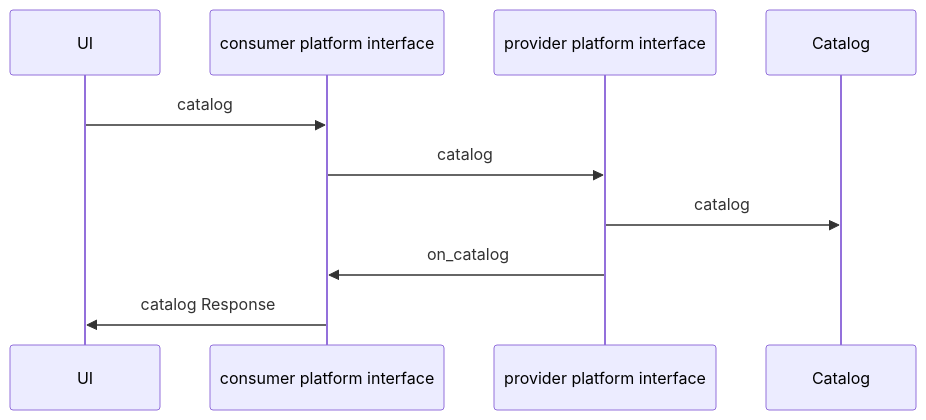
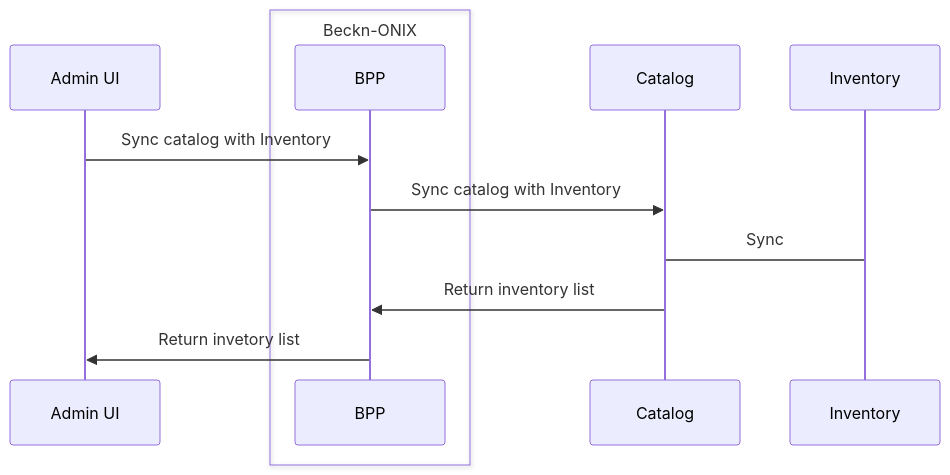
Before and after one commit to rajaneeshk90/gitbook-exp: the second of 17 diagrams in README.md, drawn with Mermaid. The commit also changed other lines of this file, not shown here.

Commit message:
GITBOOK-7: Updated sequence diagram for all APIs

````diff
--- a/README.md
+++ b/README.md
@@ -71,8 +71,12 @@
 ```mermaid
 sequenceDiagram
-UI->>consumer platform interface: catalog
-    consumer platform interface->>provider platform interface: catalog
-    provider platform interface->>Catalog:catalog
-    provider platform interface->>consumer platform interface: on_catalog
-    consumer platform interface->>UI: catalog Response
+    participant Admin UI
+    box Beckn-ONIX
+    participant BPP
+    end
+    Admin UI->> BPP: Sync catalog with Inventory
+    BPP ->> Catalog: Sync catalog with Inventory
+    Catalog -> Inventory: Sync
+    Catalog ->> BPP: Return inventory list
+    BPP ->> Admin UI:Return invetory list
 ```
````
